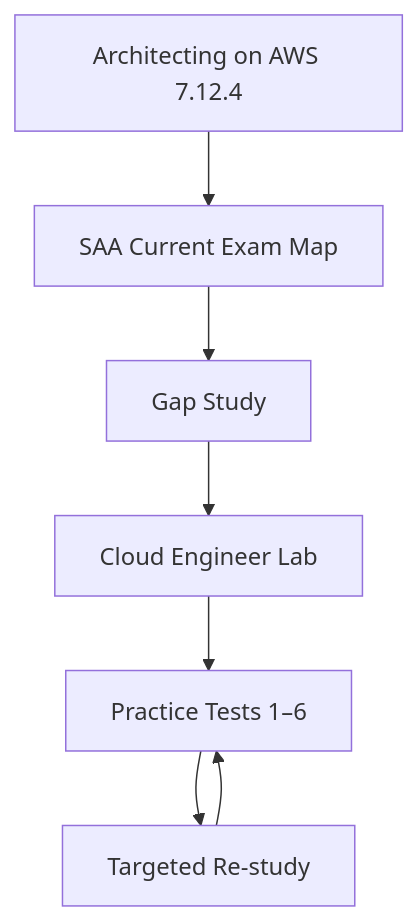
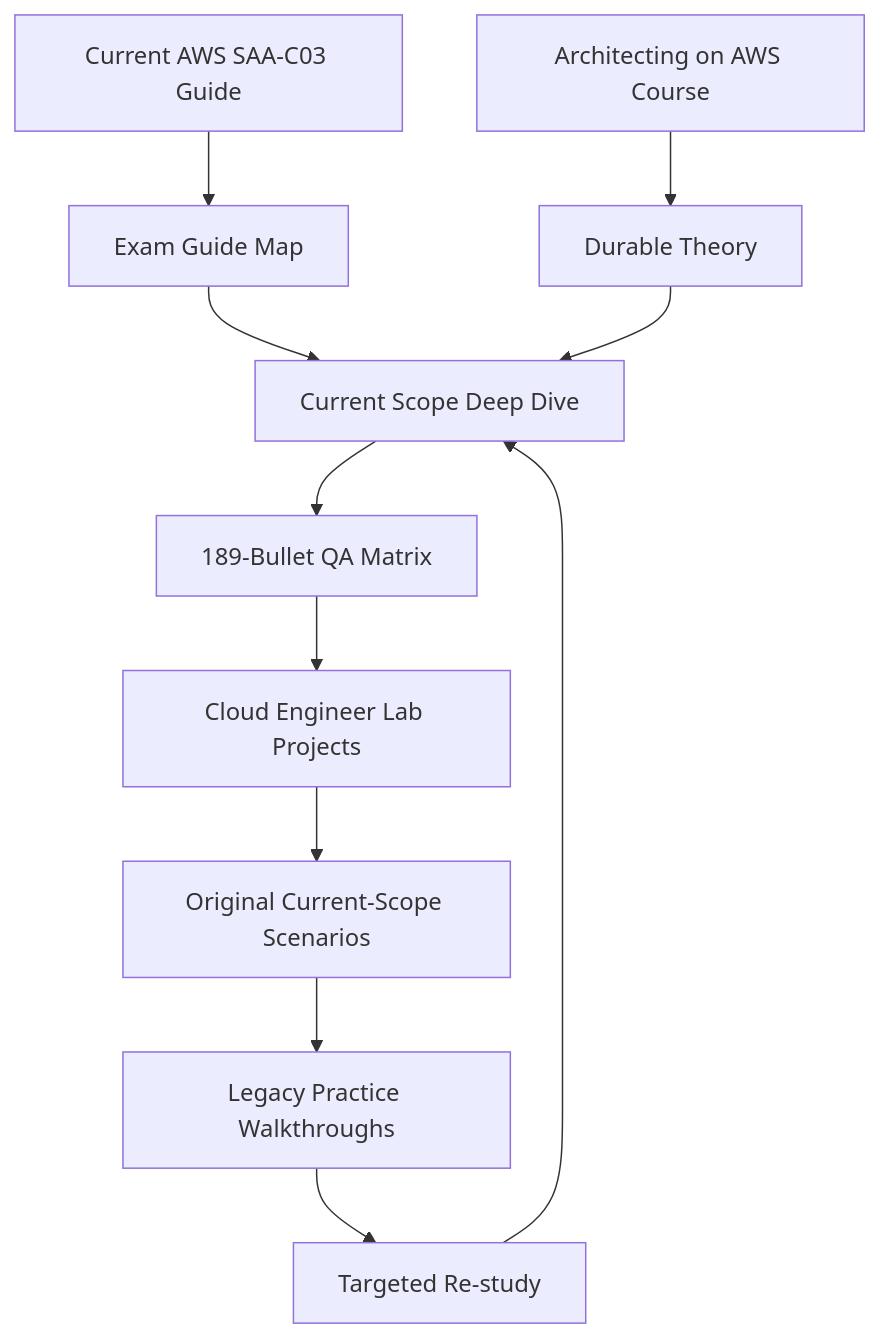
The diagram in AWS/Certifications/SAA-C03/README.md (somkid-s5/Personal-Knowledge-Base), drawn with Mermaid before and after one commit. The commit also changed other lines of this file, not shown here.

Commit message:
docs(saa): promote hub to verified current objective scope

````diff
--- a/AWS/Certifications/SAA-C03/README.md
+++ b/AWS/Certifications/SAA-C03/README.md
@@ -34,9 +28,13 @@
 ```mermaid
 flowchart TD
-    A[Architecting on AWS 7.12.4] --> B[SAA Current Exam Map]
-    B --> C[Gap Study]
-    C --> D[Cloud Engineer Lab]
-    D --> E[Practice Tests 1–6]
-    E --> F[Targeted Re-study]
-    F --> E
+    GUIDE[Current AWS SAA-C03 Guide] --> MAP[Exam Guide Map]
+    COURSE[Architecting on AWS Course] --> THEORY[Durable Theory]
+    MAP --> GAP[Current Scope Deep Dive]
+    THEORY --> GAP
+    GAP --> QA[189-Bullet QA Matrix]
+    QA --> LAB[Cloud Engineer Lab Projects]
+    LAB --> OWN[Original Current-Scope Scenarios]
+    OWN --> LEGACY[Legacy Practice Walkthroughs]
+    LEGACY --> WEAK[Targeted Re-study]
+    WEAK --> GAP
 ```
````
